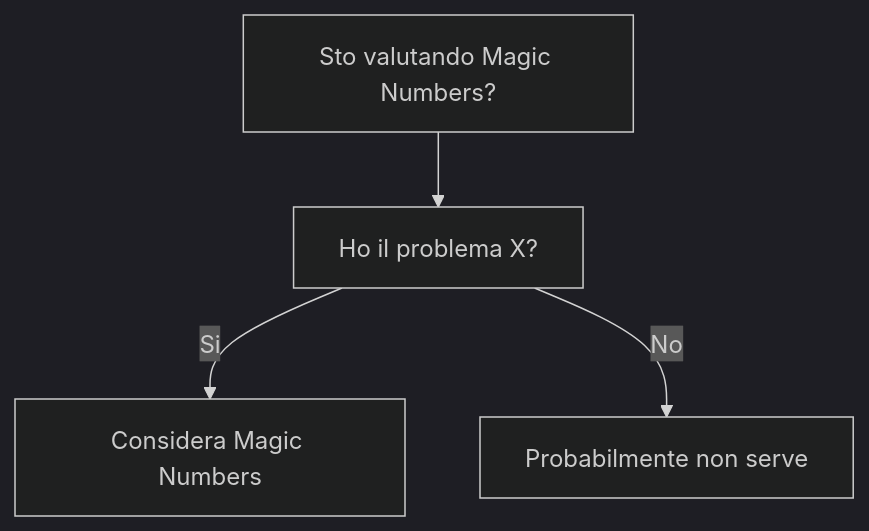
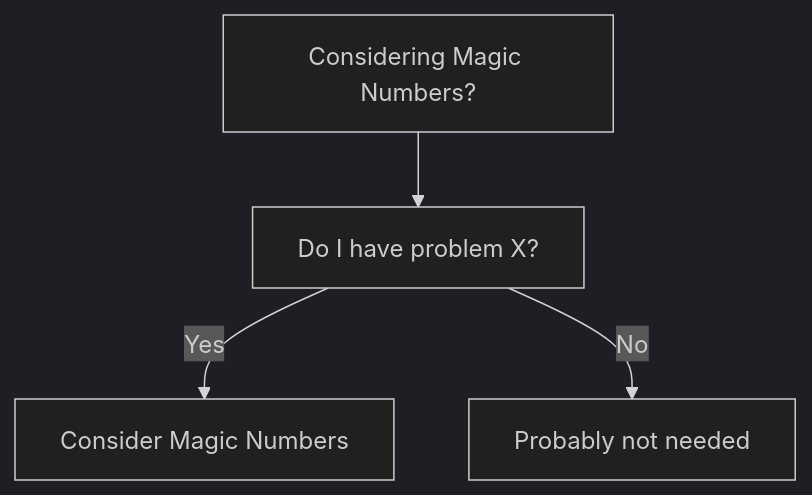
One commit to HxT9/Software-Dev-Wiki changed the diagram in dev-wiki/16_AntiPatterns/Magic_Numbers/When_To_Use.md. Above: the diagram before and after it, drawn with Mermaid (dark theme). The commit also changed other lines of this file and 3444 other files, not shown here.

````diff
--- a/dev-wiki/16_AntiPatterns/Magic_Numbers/When_To_Use.md
+++ b/dev-wiki/16_AntiPatterns/Magic_Numbers/When_To_Use.md
@@ -19,6 +19,6 @@
 ```mermaid
 flowchart TD
-  Q[Sto valutando Magic Numbers?] --> Q1[Ho il problema X?]
-  Q1 -->|Si| OK[Considera Magic Numbers]
-  Q1 -->|No| NO[Probabilmente non serve]
+  Q[Considering Magic Numbers?] --> Q1[Do I have problem X?]
+  Q1 -->|Yes| OK[Consider Magic Numbers]
+  Q1 -->|No| NO[Probably not needed]
 ```
````
